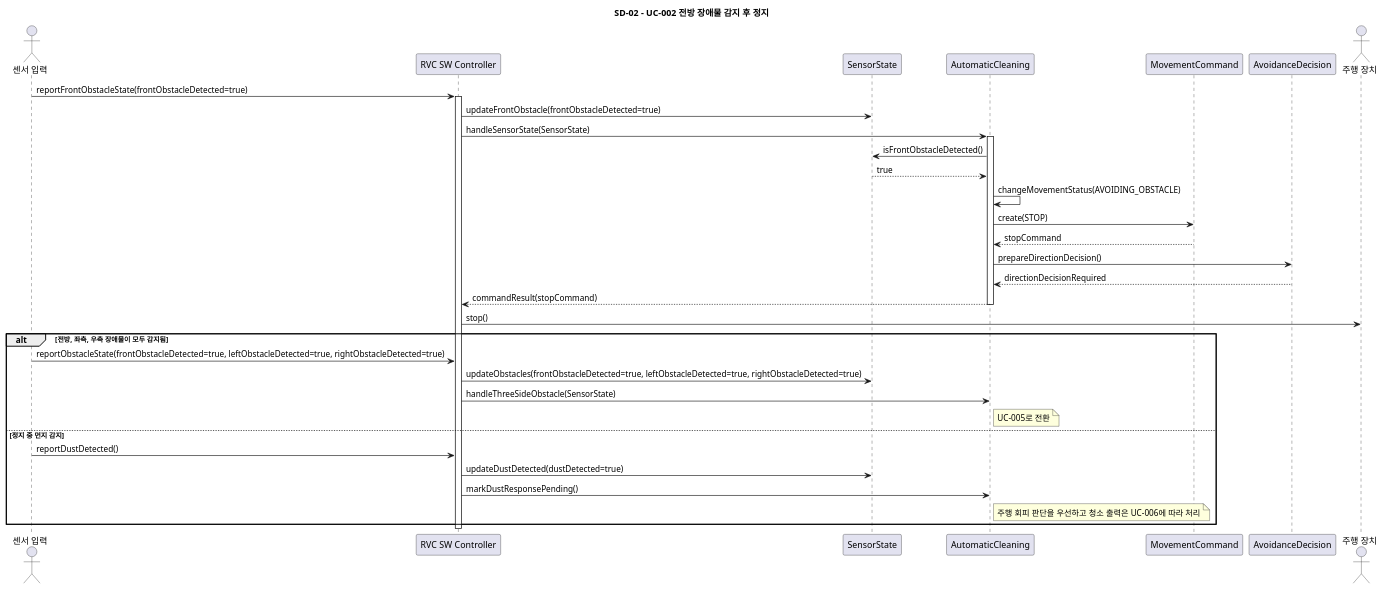
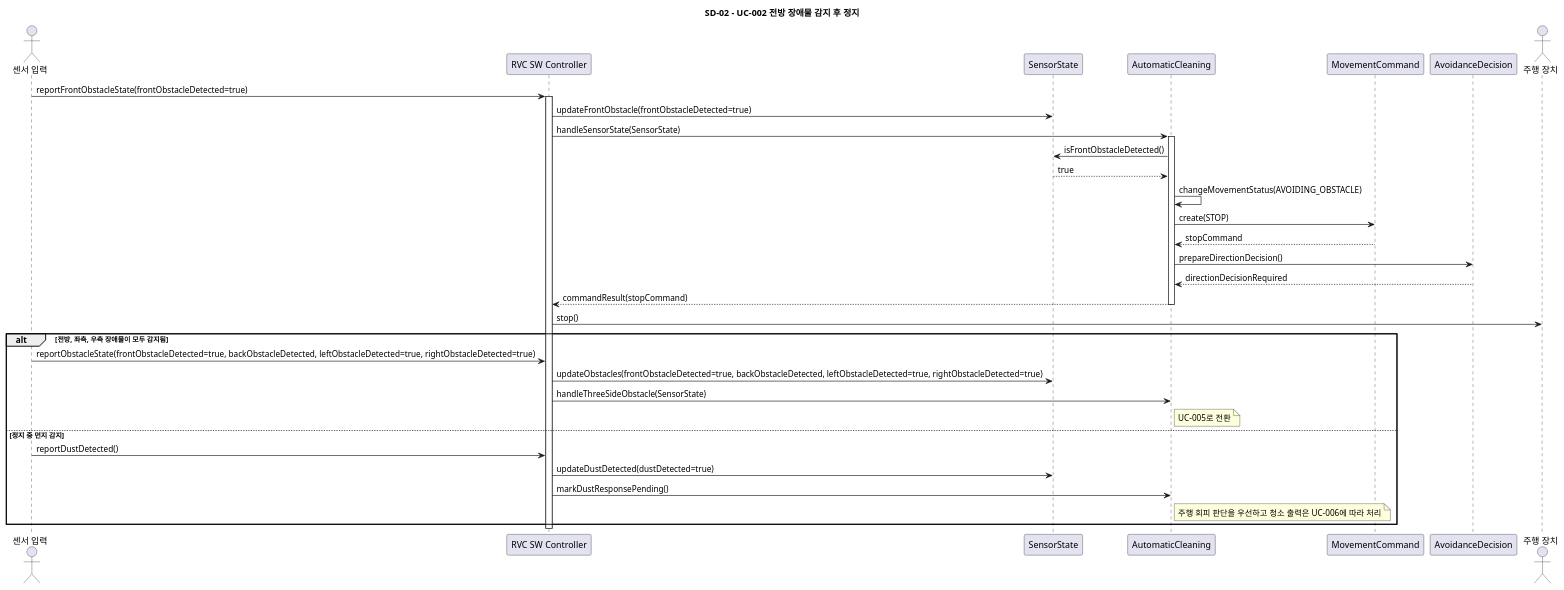
The diagram in docs/sd/SD-02.puml (OOAD-Team3/Robot-Vacuum-Cleaner-AI), drawn with PlantUML before and after one commit. The commit also changed 9 other files, not shown here.

```diff
--- a/docs/sd/SD-02.puml
+++ b/docs/sd/SD-02.puml
@@ -6,42 +6,42 @@
 @startuml SD_02_UC002_Stop_On_Front_Obstacle
 title SD-02 - UC-002 전방 장애물 감지 후 정지
 
 actor "센서 입력" as Sensor
 participant "RVC SW Controller" as Controller
 participant "SensorState" as SensorState
 participant "AutomaticCleaning" as Cleaning
 participant "MovementCommand" as MovementCommand
 participant "AvoidanceDecision" as AvoidanceDecision
 actor "주행 장치" as Drive
 
 Sensor -> Controller: reportFrontObstacleState(frontObstacleDetected=true)
 activate Controller
 Controller -> SensorState: updateFrontObstacle(frontObstacleDetected=true)
 Controller -> Cleaning: handleSensorState(SensorState)
 activate Cleaning
 Cleaning -> SensorState: isFrontObstacleDetected()
 SensorState --> Cleaning: true
 Cleaning -> Cleaning: changeMovementStatus(AVOIDING_OBSTACLE)
 Cleaning -> MovementCommand: create(STOP)
 MovementCommand --> Cleaning: stopCommand
 Cleaning -> AvoidanceDecision: prepareDirectionDecision()
 AvoidanceDecision --> Cleaning: directionDecisionRequired
 Cleaning --> Controller: commandResult(stopCommand)
 deactivate Cleaning
 
 Controller -> Drive: stop()
 
 alt 전방, 좌측, 우측 장애물이 모두 감지됨
-    Sensor -> Controller: reportObstacleState(frontObstacleDetected=true, leftObstacleDetected=true, rightObstacleDetected=true)
-    Controller -> SensorState: updateObstacles(frontObstacleDetected=true, leftObstacleDetected=true, rightObstacleDetected=true)
+    Sensor -> Controller: reportObstacleState(frontObstacleDetected=true, backObstacleDetected, leftObstacleDetected=true, rightObstacleDetected=true)
+    Controller -> SensorState: updateObstacles(frontObstacleDetected=true, backObstacleDetected, leftObstacleDetected=true, rightObstacleDetected=true)
     Controller -> Cleaning: handleThreeSideObstacle(SensorState)
     note right of Cleaning: UC-005로 전환
 else 정지 중 먼지 감지
     Sensor -> Controller: reportDustDetected()
     Controller -> SensorState: updateDustDetected(dustDetected=true)
     Controller -> Cleaning: markDustResponsePending()
     note right of Cleaning: 주행 회피 판단을 우선하고 청소 출력은 UC-006에 따라 처리
 end
 
 deactivate Controller
 @enduml
```
